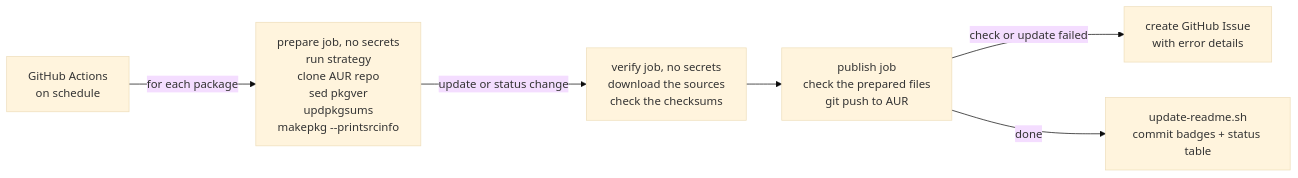
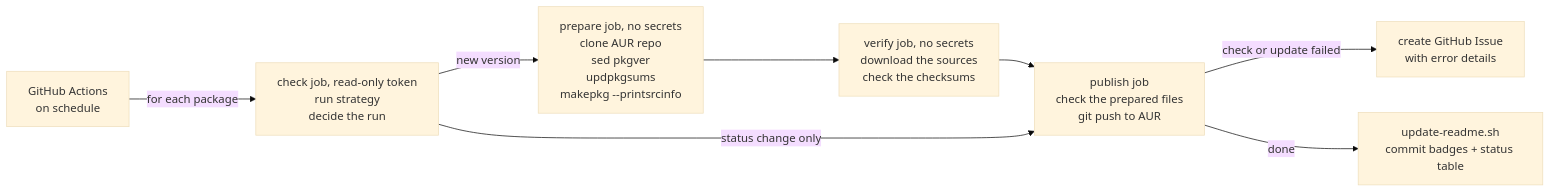
Before and after one commit to noctuum/sibyl: the diagram in README.md, drawn with Mermaid (base theme). The commit also changed other lines of this file and 5 other files, not shown here.

Commit message:
fix(workflow): decide the run in a check job (#35)

````diff
--- a/README.md
+++ b/README.md
@@ -24,8 +24,10 @@
 ```mermaid
 graph LR
-    A[GitHub Actions<br/>on schedule] -->|for each package| B[prepare job, no secrets<br/>run strategy<br/>clone AUR repo<br/>sed pkgver<br/>updpkgsums<br/>makepkg --printsrcinfo]
-    B -->|update or status change| V[verify job, no secrets<br/>download the sources<br/>check the checksums]
+    A[GitHub Actions<br/>on schedule] -->|for each package| K[check job, read-only token<br/>run strategy<br/>decide the run]
+    K -->|new version| B[prepare job, no secrets<br/>clone AUR repo<br/>sed pkgver<br/>updpkgsums<br/>makepkg --printsrcinfo]
+    B --> V[verify job, no secrets<br/>download the sources<br/>check the checksums]
     V --> C[publish job<br/>check the prepared files<br/>git push to AUR]
+    K -->|status change only| C
     C -->|check or update failed| D[create GitHub Issue<br/>with error details]
     C -->|done| E[update-readme.sh<br/>commit badges + status table]
 ```
````
